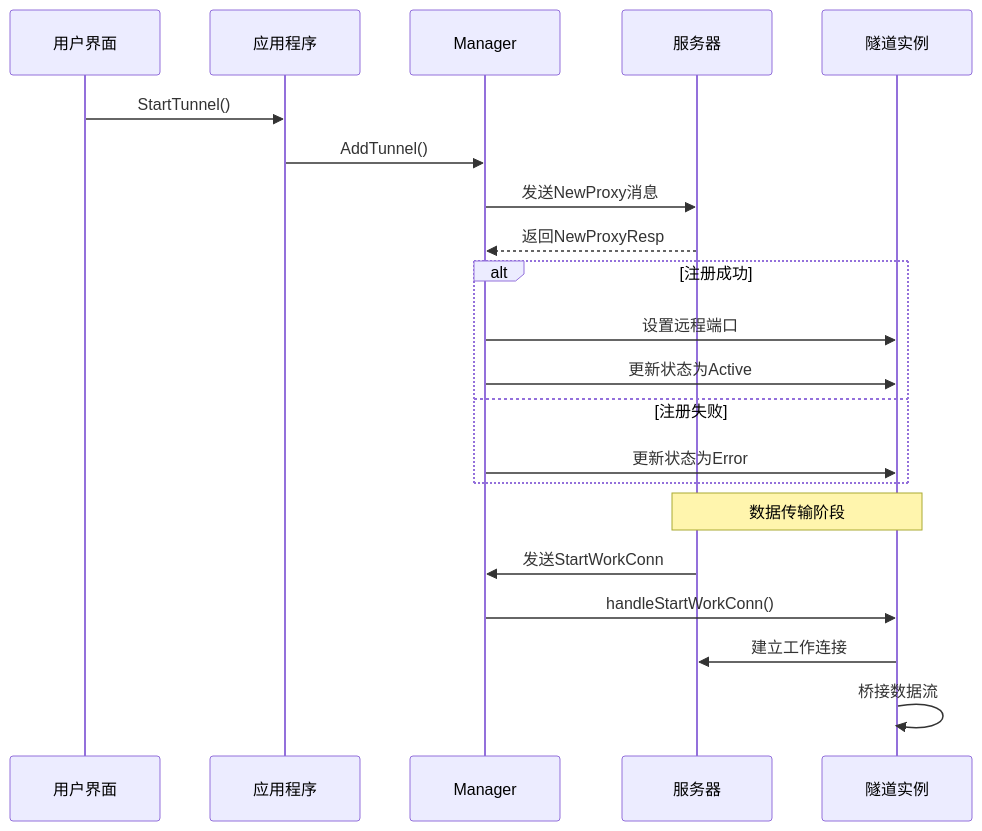
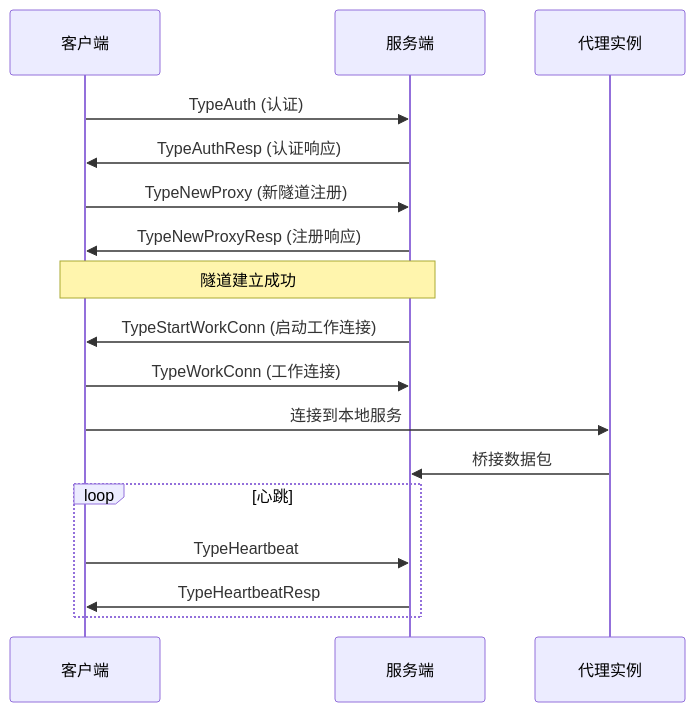
The sixth of 8 diagrams in .qoder/repowiki/zh/content/服务端架构/eBPF包转发系统.md (itsharex/NexTunnel), drawn with Mermaid before and after one commit. The commit also changed other lines of this file and 48 other files, not shown here.

````diff
--- a/.qoder/repowiki/zh/content/服务端架构/eBPF包转发系统.md
+++ b/.qoder/repowiki/zh/content/服务端架构/eBPF包转发系统.md
@@ -286,23 +304,19 @@
 ```mermaid
 sequenceDiagram
-participant UI as 用户界面
-participant APP as 应用程序
-participant MANAGER as Manager
-participant SERVER as 服务器
-participant TUNNEL as 隧道实例
-UI->>APP : StartTunnel()
-APP->>MANAGER : AddTunnel()
-MANAGER->>SERVER : 发送NewProxy消息
-SERVER-->>MANAGER : 返回NewProxyResp
-alt 注册成功
-MANAGER->>TUNNEL : 设置远程端口
-MANAGER->>TUNNEL : 更新状态为Active
-else 注册失败
-MANAGER->>TUNNEL : 更新状态为Error
+participant Client as 客户端
+participant Server as 服务端
+participant Proxy as 代理实例
+Client->>Server : TypeAuth (认证)
+Server->>Client : TypeAuthResp (认证响应)
+Client->>Server : TypeNewProxy (新隧道注册)
+Server->>Client : TypeNewProxyResp (注册响应)
+Note over Client,Server : 隧道建立成功
+Server->>Client : TypeStartWorkConn (启动工作连接)
+Client->>Server : TypeWorkConn (工作连接)
+Client->>Proxy : 连接到本地服务
+Proxy->>Server : 桥接数据包
+loop 心跳
+Client->>Server : TypeHeartbeat
+Server->>Client : TypeHeartbeatResp
 end
-Note over SERVER,TUNNEL : 数据传输阶段
-SERVER->>MANAGER : 发送StartWorkConn
-MANAGER->>TUNNEL : handleStartWorkConn()
-TUNNEL->>SERVER : 建立工作连接
-TUNNEL->>TUNNEL : 桥接数据流
 ```
````
